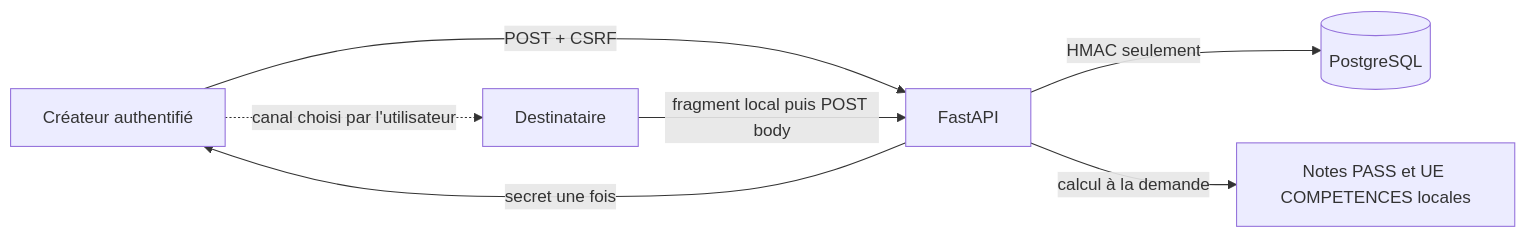
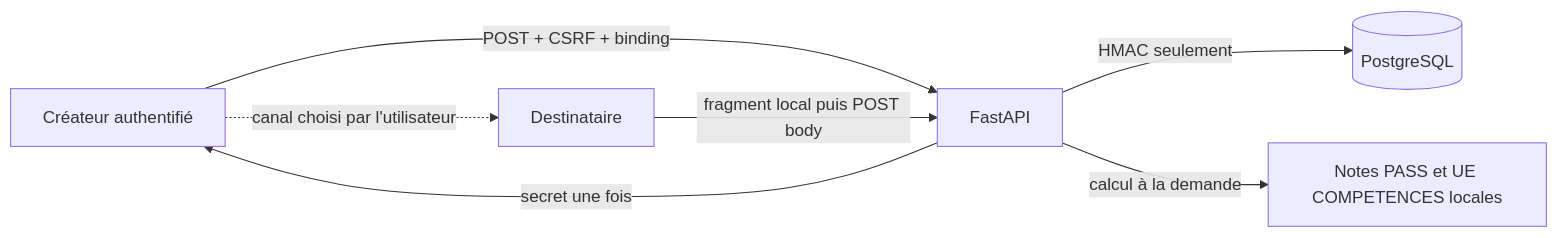
Before and after one commit to OshTekk/IMTegrale: the diagram in docs/security/private-comparisons-threat-model.md, drawn with Mermaid. The commit also changed other lines of this file and 3 other files, not shown here.

````diff
--- a/docs/security/private-comparisons-threat-model.md
+++ b/docs/security/private-comparisons-threat-model.md
@@ -23,9 +25,9 @@
 ```mermaid
 flowchart LR
-    A["Créateur authentifié"] -->|"POST + CSRF"| API["FastAPI"]
+    A["Créateur authentifié"] -->|"POST + CSRF + binding"| API["FastAPI"]
     API -->|"secret une fois"| A
     A -. "canal choisi par l'utilisateur" .-> B["Destinataire"]
     B -->|"fragment local puis POST body"| API
     API -->|"HMAC seulement"| DB[("PostgreSQL")]
     API -->|"calcul à la demande"| Academic["Notes PASS et UE COMPETENCES locales"]
 ```
````
